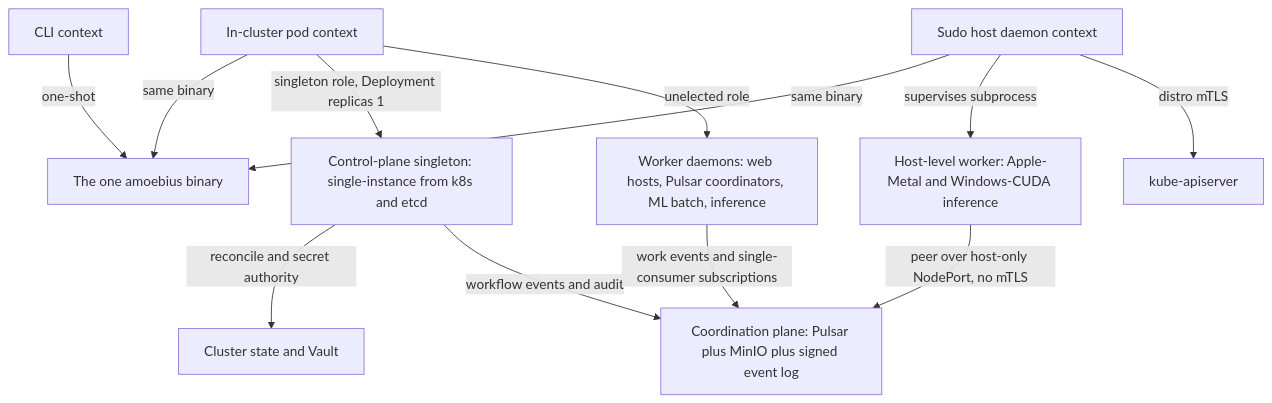
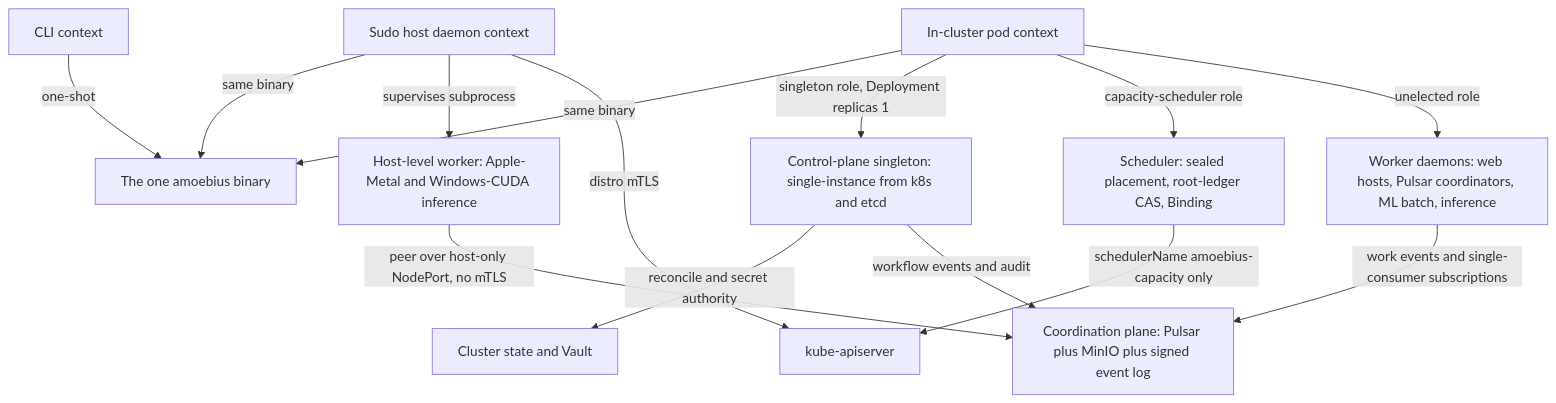
Before and after one commit to Tuee22/amoebius: the diagram in documents/engineering/daemon_topology_doctrine.md, drawn with Mermaid. The commit also changed other lines of this file and 87 other files, not shown here.

````diff
--- a/documents/engineering/daemon_topology_doctrine.md
+++ b/documents/engineering/daemon_topology_doctrine.md
@@ -445,14 +512,16 @@
 ```mermaid
 flowchart TD
   cli[CLI context] -->|one-shot| binary[The one amoebius binary]
   hostd[Sudo host daemon context] -->|same binary| binary
   pod[In-cluster pod context] -->|same binary| binary
   pod -->|singleton role, Deployment replicas 1| cp[Control-plane singleton: single-instance from k8s and etcd]
+  pod -->|capacity-scheduler role| sched[Scheduler: sealed placement, root-ledger CAS, Binding]
   pod -->|unelected role| workers[Worker daemons: web hosts, Pulsar coordinators, ML batch, inference]
   hostd -->|supervises subprocess| hostwork[Host-level worker: Apple-Metal and Windows-CUDA inference]
   hostd -->|distro mTLS| api[kube-apiserver]
   cp -->|reconcile and secret authority| world[Cluster state and Vault]
+  sched -->|schedulerName amoebius-capacity only| api
   cp -->|workflow events and audit| plane[Coordination plane: Pulsar plus MinIO plus signed event log]
   workers -->|work events and single-consumer subscriptions| plane
   hostwork -->|peer over host-only NodePort, no mTLS| plane
 ```
````
